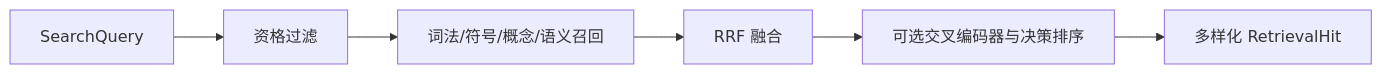
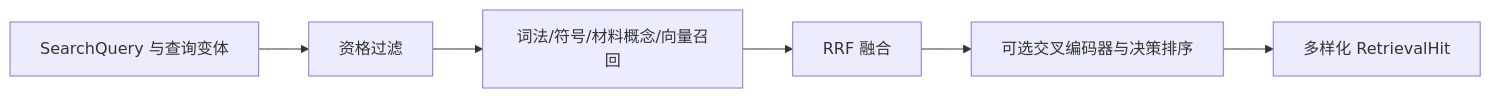
One commit to lejunyang/omem changed the diagram in .repo-review/knowledge/articles/0f4c98f99ec08ee9f67bc4c9abbbec7193e9e0c6a38384e2306d9c1cf84a9f03.md. Above: the diagram before and after it, drawn with Mermaid. The commit also changed other lines of this file and 5 other files, not shown here.

````diff
--- a/.repo-review/knowledge/articles/0f4c98f99ec08ee9f67bc4c9abbbec7193e9e0c6a38384e2306d9c1cf84a9f03.md
+++ b/.repo-review/knowledge/articles/0f4c98f99ec08ee9f67bc4c9abbbec7193e9e0c6a38384e2306d9c1cf84a9f03.md
@@ -19,8 +19,8 @@
 ```mermaid
 flowchart LR
-  Q[SearchQuery] --> F[资格过滤]
-  F --> R[词法/符号/概念/语义召回]
+  Q[SearchQuery 与查询变体] --> F[资格过滤]
+  F --> R[词法/符号/材料概念/向量召回]
   R --> M[RRF 融合]
   M --> X[可选交叉编码器与决策排序]
   X --> O[多样化 RetrievalHit]
 ```
````
